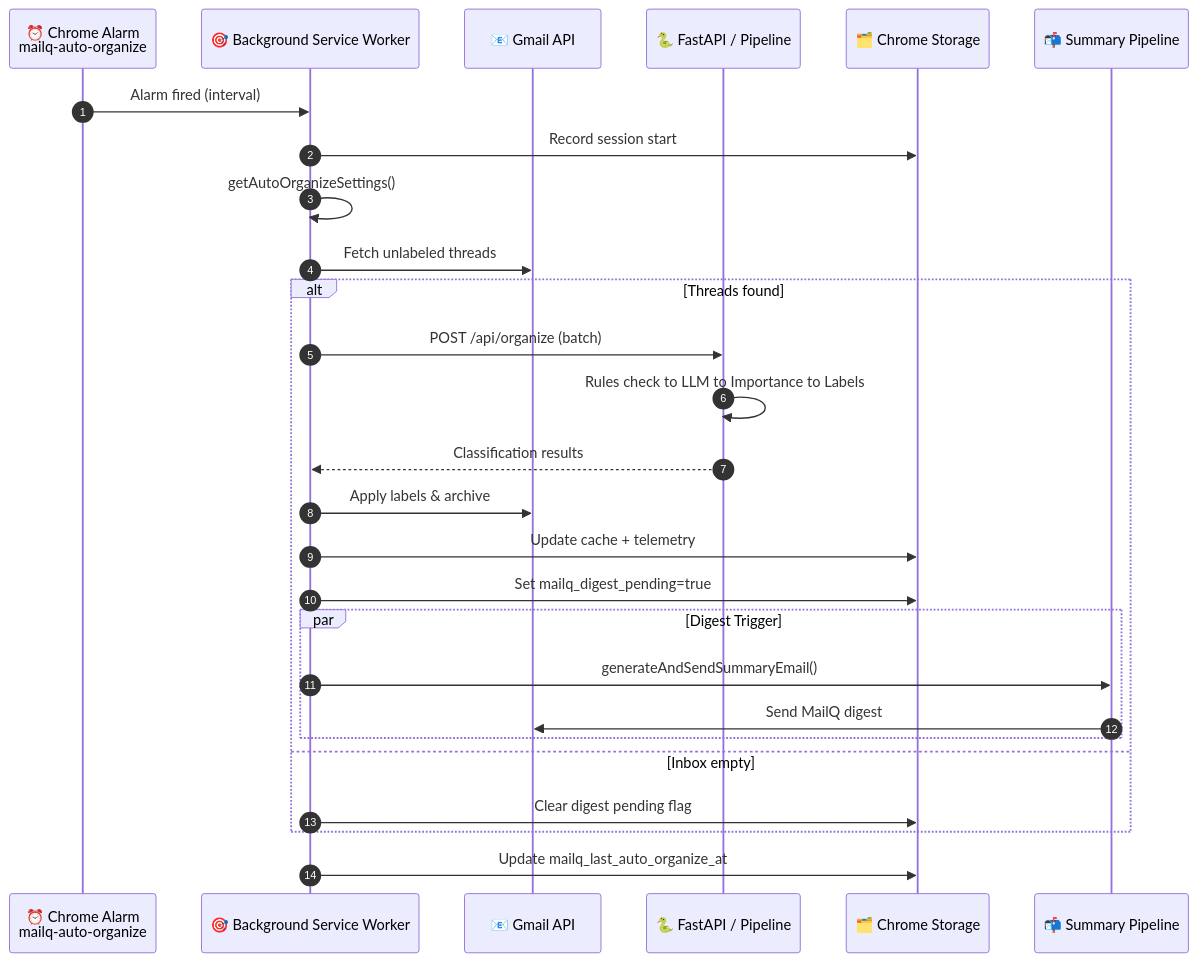
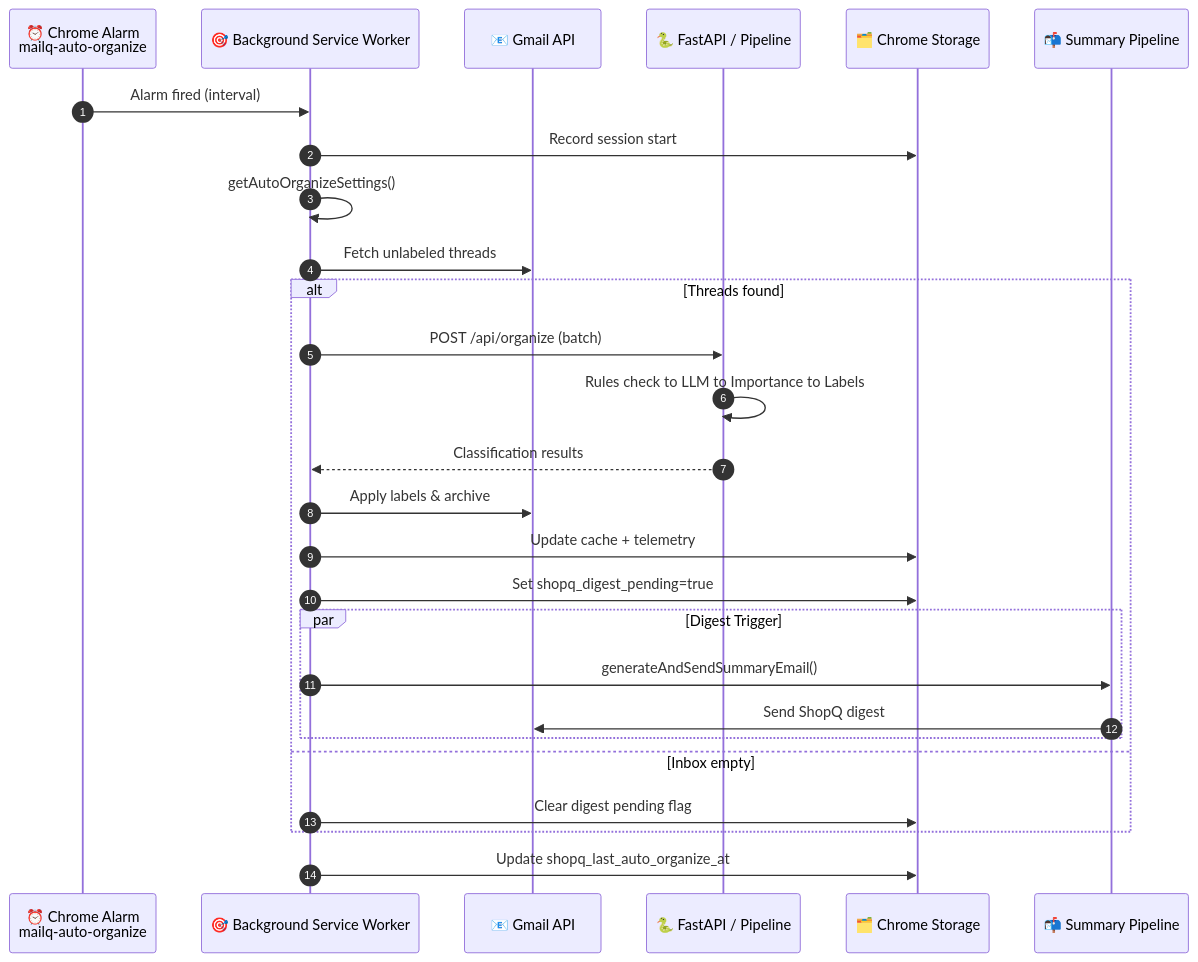
Before and after one commit to jkoufopoulos/shopq-prototype: the diagram in code-graph/visuals/AUTO_ORGANIZE_SEQUENCE.md, drawn with Mermaid. The commit also changed other lines of this file and 616 other files, not shown here.

First line of the commit message:
chore: Phase 0 - Fork MailQ to ShopQ

````diff
--- a/code-graph/visuals/AUTO_ORGANIZE_SEQUENCE.md
+++ b/code-graph/visuals/AUTO_ORGANIZE_SEQUENCE.md
@@ -9,30 +9,30 @@
 ```mermaid
 sequenceDiagram
     autonumber
     participant Alarm as ⏰ Chrome Alarm<br/>mailq-auto-organize
     participant Worker as 🎯 Background Service Worker
     participant Gmail as 📧 Gmail API
     participant Backend as 🐍 FastAPI / Pipeline
     participant Store as 🗂️ Chrome Storage
     participant Digest as 📬 Summary Pipeline
 
     Alarm->>Worker: Alarm fired (interval)
     Worker->>Store: Record session start
     Worker->>Worker: getAutoOrganizeSettings()
     Worker->>Gmail: Fetch unlabeled threads
     alt Threads found
         Worker->>Backend: POST /api/organize (batch)
         Backend->>Backend: Rules check to LLM to Importance to Labels
         Backend-->>Worker: Classification results
         Worker->>Gmail: Apply labels & archive
         Worker->>Store: Update cache + telemetry
-        Worker->>Store: Set mailq_digest_pending=true
+        Worker->>Store: Set shopq_digest_pending=true
         par Digest Trigger
             Worker->>Digest: generateAndSendSummaryEmail()
-            Digest->>Gmail: Send MailQ digest
+            Digest->>Gmail: Send ShopQ digest
         end
     else Inbox empty
         Worker->>Store: Clear digest pending flag
     end
-    Worker->>Store: Update mailq_last_auto_organize_at
+    Worker->>Store: Update shopq_last_auto_organize_at
 ```
````
